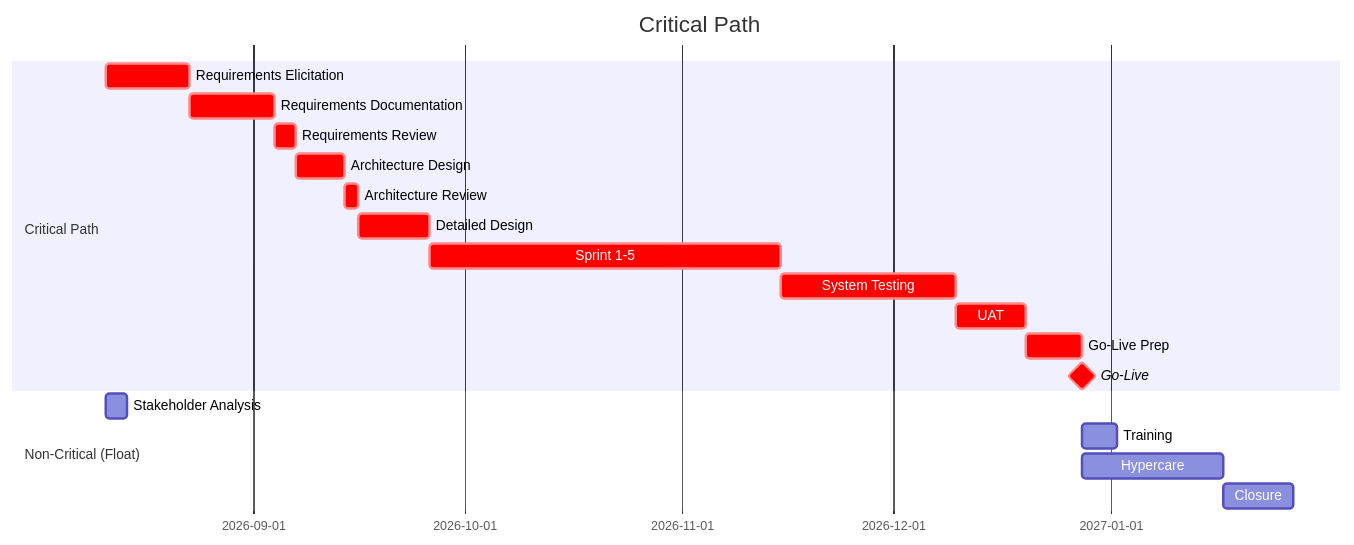
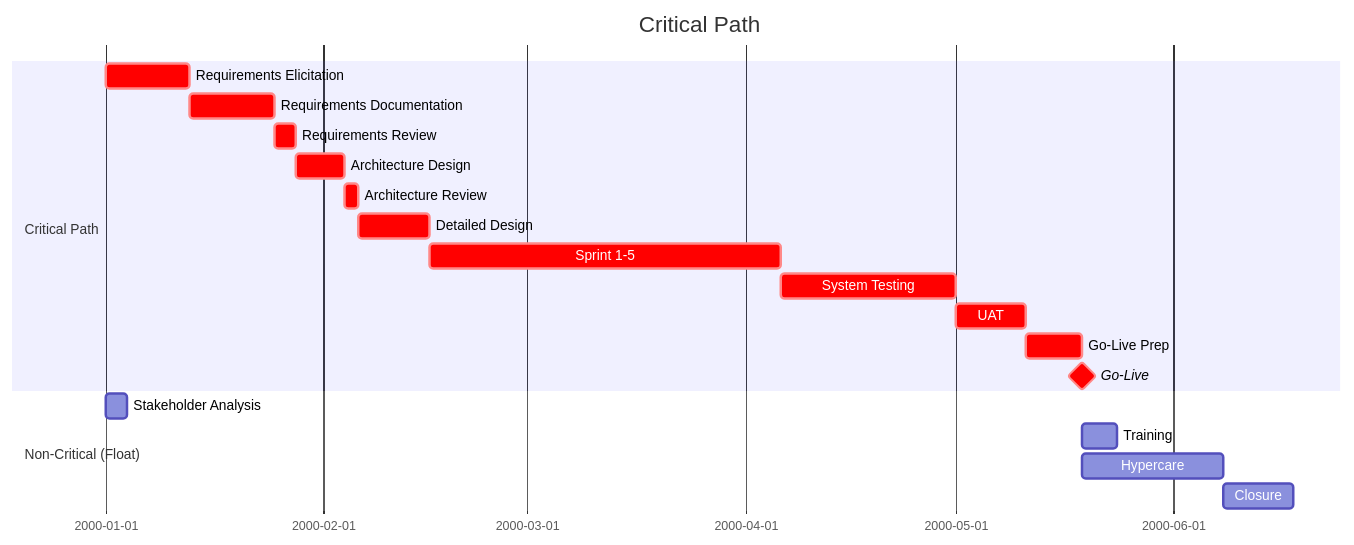
Before and after one commit to oat431/swe-knowledge: the sixth of 6 diagrams in document-template/06_Project_Management_Executing_and_MC/Gantt-Chart-Schedule.md, drawn with Mermaid. The commit also changed other lines of this file and 56 other files, not shown here.

````diff
--- a/document-template/06_Project_Management_Executing_and_MC/Gantt-Chart-Schedule.md
+++ b/document-template/06_Project_Management_Executing_and_MC/Gantt-Chart-Schedule.md
@@ -236,24 +241,25 @@
 ```mermaid
 gantt
     title Critical Path
     dateFormat YYYY-MM-DD
+    %% Placeholder schedule: base 2000-01-01 = project start; recompute real dates when instantiating
 
     section Critical Path
-    Requirements Elicitation  :crit, a1, 2026-08-11, 12d
+    Requirements Elicitation  :crit, a1, 2000-01-01, 12d
     Requirements Documentation:crit, a2, after a1, 12d
     Requirements Review       :crit, a3, after a2, 3d
     Architecture Design       :crit, a4, after a3, 7d
     Architecture Review       :crit, a5, after a4, 2d
     Detailed Design           :crit, a6, after a5, 10d
     Sprint 1-5                :crit, a7, after a6, 50d
     System Testing            :crit, a8, after a7, 25d
     UAT                       :crit, a9, after a8, 10d
     Go-Live Prep              :crit, a10, after a9, 8d
     Go-Live                   :milestone, crit, after a10, 0d
 
     section Non-Critical (Float)
-    Stakeholder Analysis      :b1, 2026-08-11, 3d
+    Stakeholder Analysis      :b1, 2000-01-01, 3d
     Training                  :b2, after a10, 5d
     Hypercare                 :b3, after a10, 20d
     Closure                   :b4, after b3, 10d
 ```
````
